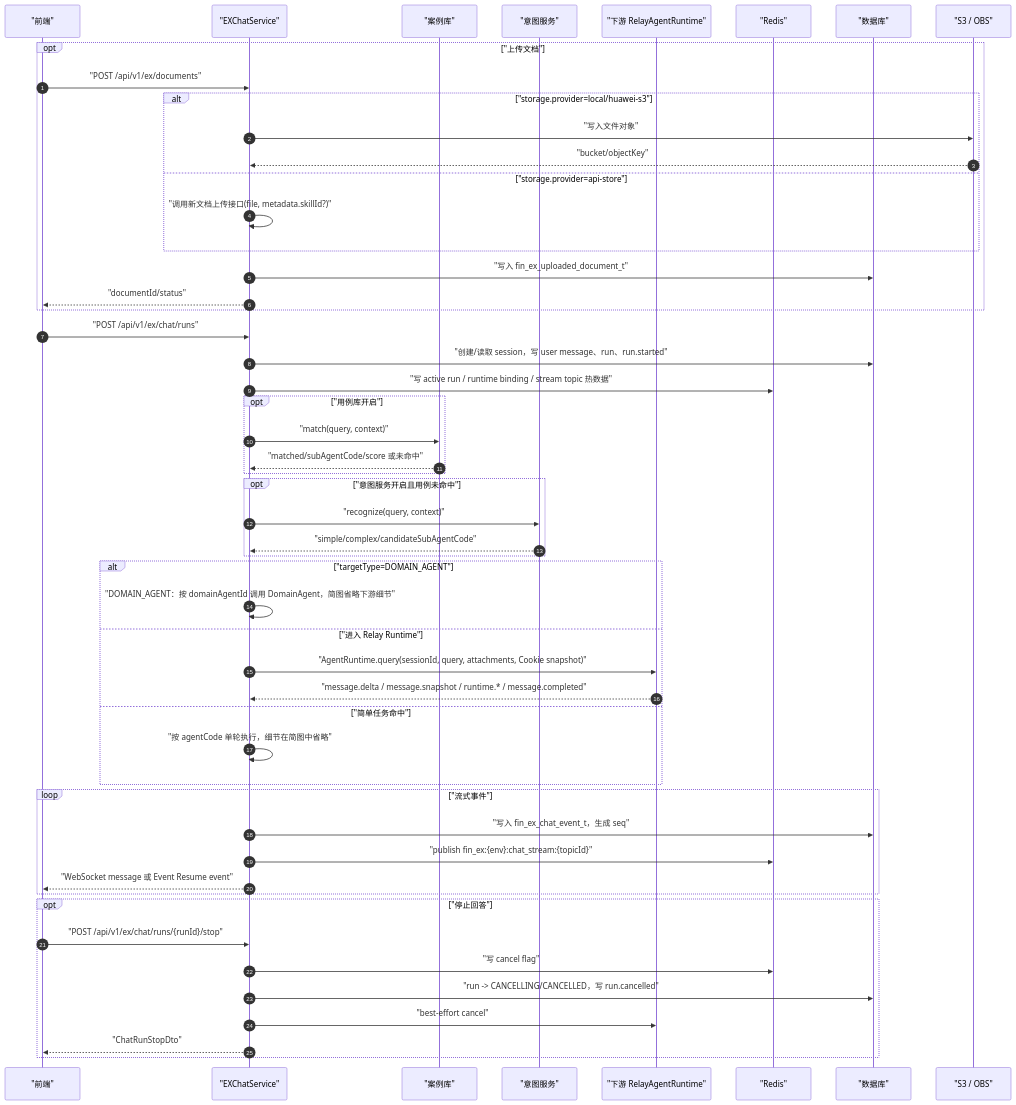
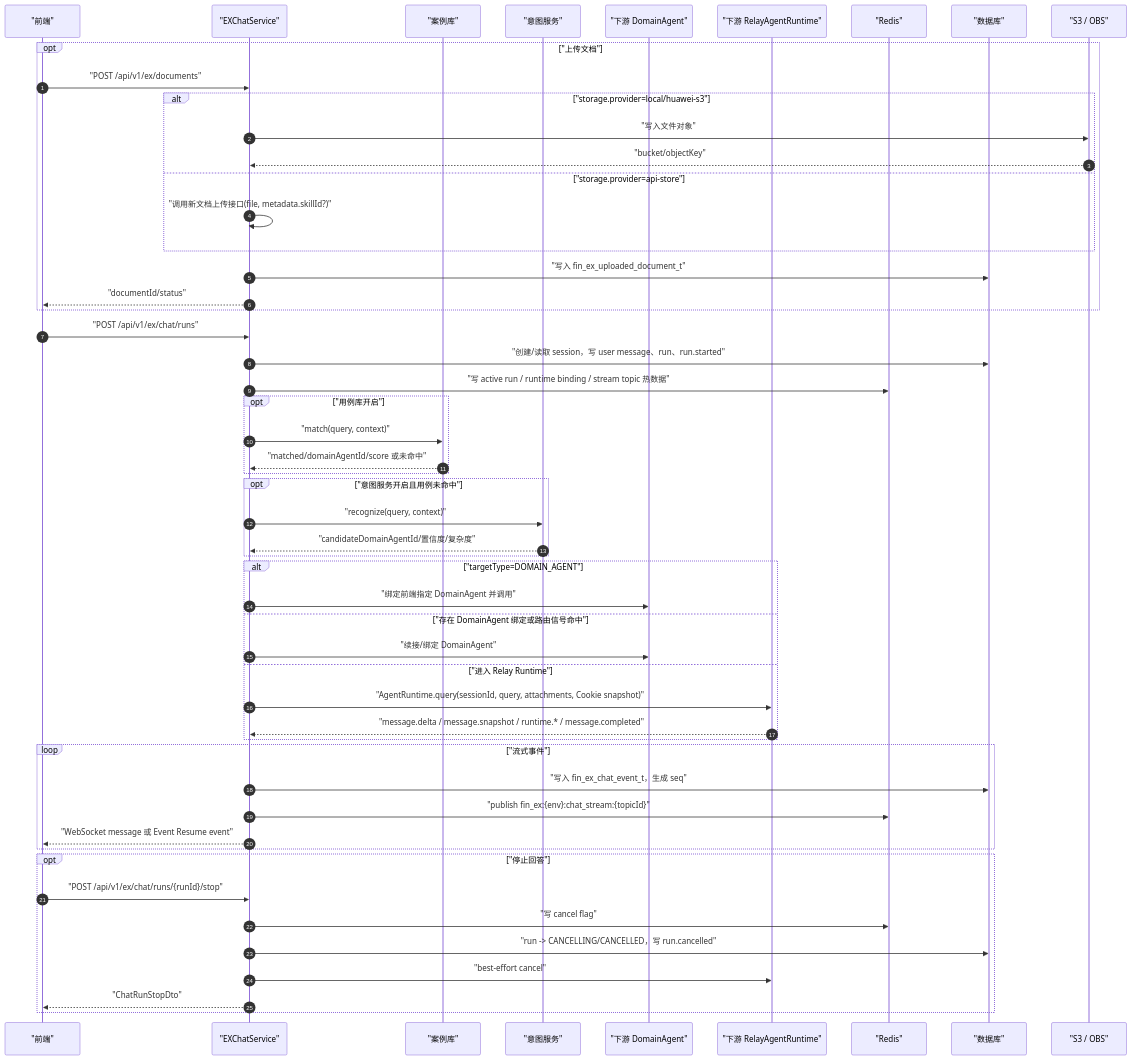
Before and after one commit to kunben-duck/exweb: the third of 10 diagrams in docs/architecture/README.md, drawn with Mermaid. The commit also changed other lines of this file and 87 other files, not shown here.

Commit message:
feat: unify domain agent runtime routing

````diff
--- a/docs/architecture/README.md
+++ b/docs/architecture/README.md
@@ -160,61 +167,62 @@
 ```mermaid
 sequenceDiagram
     autonumber
     participant Frontend as "前端"
     participant EX as "EXChatService"
     participant UseCase as "案例库"
     participant Intent as "意图服务"
+    participant DomainAgent as "下游 DomainAgent"
     participant Relay as "下游 RelayAgentRuntime"
     participant Redis as "Redis"
     participant DB as "数据库"
     participant S3 as "S3 / OBS"
 
     opt "上传文档"
         Frontend->>EX: "POST /api/v1/ex/documents"
         alt "storage.provider=local/huawei-s3"
             EX->>S3: "写入文件对象"
             S3-->>EX: "bucket/objectKey"
         else "storage.provider=api-store"
             EX->>EX: "调用新文档上传接口(file, metadata.skillId?)"
         end
         EX->>DB: "写入 fin_ex_uploaded_document_t"
         EX-->>Frontend: "documentId/status"
     end
 
     Frontend->>EX: "POST /api/v1/ex/chat/runs"
     EX->>DB: "创建/读取 session，写 user message、run、run.started"
     EX->>Redis: "写 active run / runtime binding / stream topic 热数据"
 
     opt "用例库开启"
         EX->>UseCase: "match(query, context)"
-        UseCase-->>EX: "matched/subAgentCode/score 或未命中"
+        UseCase-->>EX: "matched/domainAgentId/score 或未命中"
     end
 
     opt "意图服务开启且用例未命中"
         EX->>Intent: "recognize(query, context)"
-        Intent-->>EX: "simple/complex/candidateSubAgentCode"
+        Intent-->>EX: "candidateDomainAgentId/置信度/复杂度"
     end
 
     alt "targetType=DOMAIN_AGENT"
-        EX->>EX: "DOMAIN_AGENT：按 domainAgentId 调用 DomainAgent，简图省略下游细节"
+        EX->>DomainAgent: "绑定前端指定 DomainAgent 并调用"
+    else "存在 DomainAgent 绑定或路由信号命中"
+        EX->>DomainAgent: "续接/绑定 DomainAgent"
     else "进入 Relay Runtime"
         EX->>Relay: "AgentRuntime.query(sessionId, query, attachments, Cookie snapshot)"
         Relay-->>EX: "message.delta / message.snapshot / runtime.* / message.completed"
-    else "简单任务命中"
-        EX->>EX: "按 agentCode 单轮执行，细节在简图中省略"
     end
 
     loop "流式事件"
         EX->>DB: "写入 fin_ex_chat_event_t，生成 seq"
         EX->>Redis: "publish fin_ex:{env}:chat_stream:{topicId}"
         EX-->>Frontend: "WebSocket message 或 Event Resume event"
     end
 
     opt "停止回答"
         Frontend->>EX: "POST /api/v1/ex/chat/runs/{runId}/stop"
         EX->>Redis: "写 cancel flag"
         EX->>DB: "run -> CANCELLING/CANCELLED，写 run.cancelled"
         EX->>Relay: "best-effort cancel"
         EX-->>Frontend: "ChatRunStopDto"
     end
 ```
````
